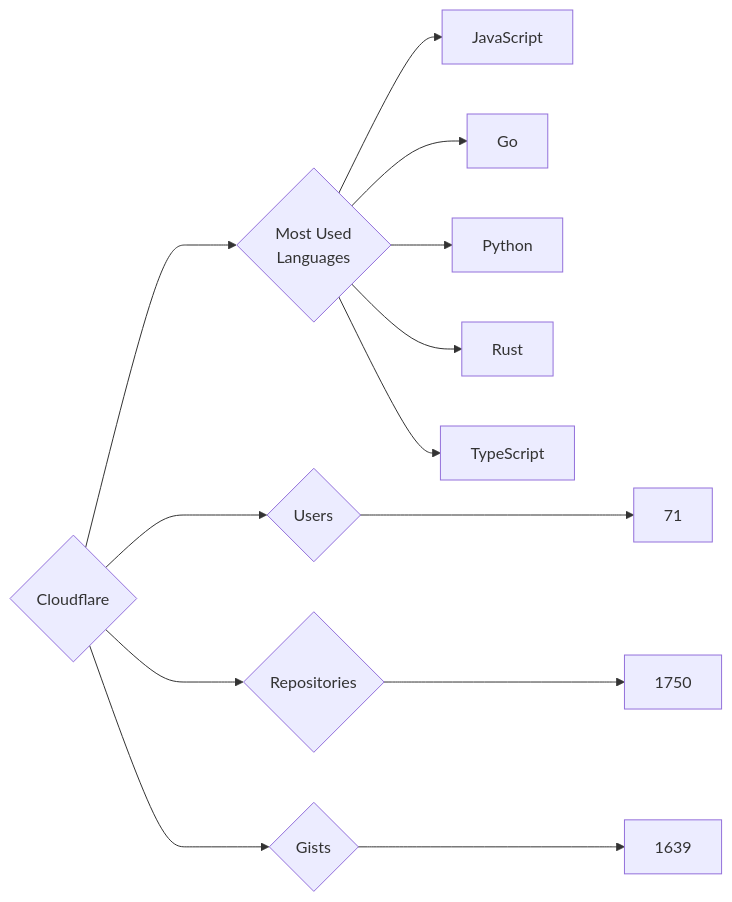
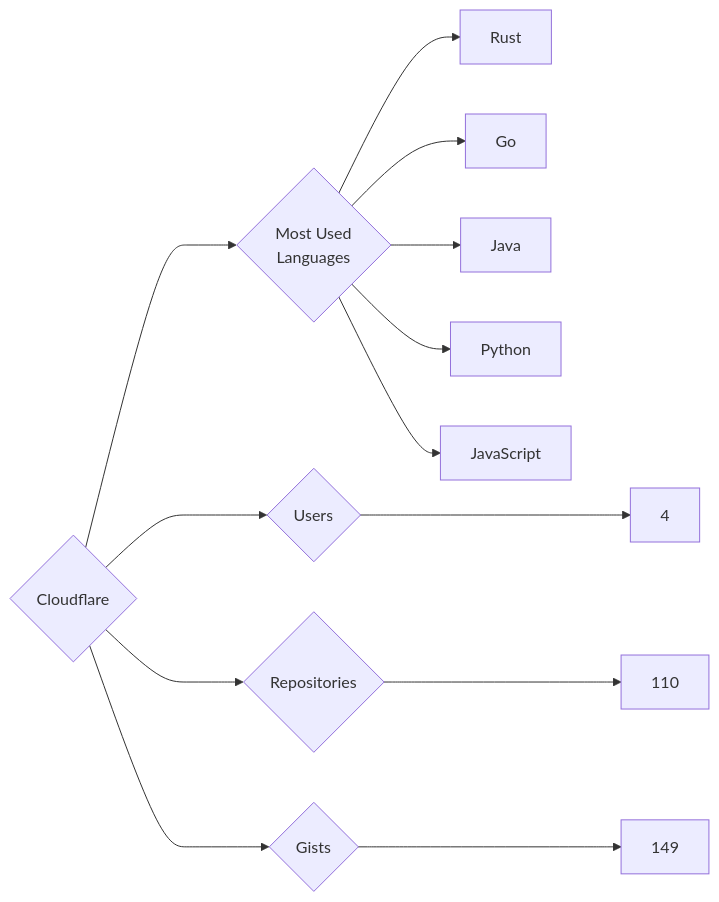
Before and after one commit to trickest/insiders: the diagram in targets/Cloudflare/README.md, drawn with Mermaid. The commit also changed 838 other files, not shown here.

````diff
--- a/targets/Cloudflare/README.md
+++ b/targets/Cloudflare/README.md
@@ -3,13 +3,13 @@
 ```mermaid
 graph LR
 COMPANY_NAME{Cloudflare}
-COMPANY_NAME ---> U{Users} ---> UN[71]
-COMPANY_NAME ---> R{Repositories} ---> RN[1750]
-COMPANY_NAME ---> G{Gists} ---> GN[1639]
+COMPANY_NAME ---> U{Users} ---> UN[4]
+COMPANY_NAME ---> R{Repositories} ---> RN[110]
+COMPANY_NAME ---> G{Gists} ---> GN[149]
 COMPANY_NAME ---> ML{Most Used<br>Languages}
+ML --> Rust[Rust]
+ML --> Go[Go]
+ML --> Java[Java]
+ML --> Python[Python]
 ML --> JavaScript[JavaScript]
-ML --> Go[Go]
-ML --> Python[Python]
-ML --> Rust[Rust]
-ML --> TypeScript[TypeScript]
 ```
````
